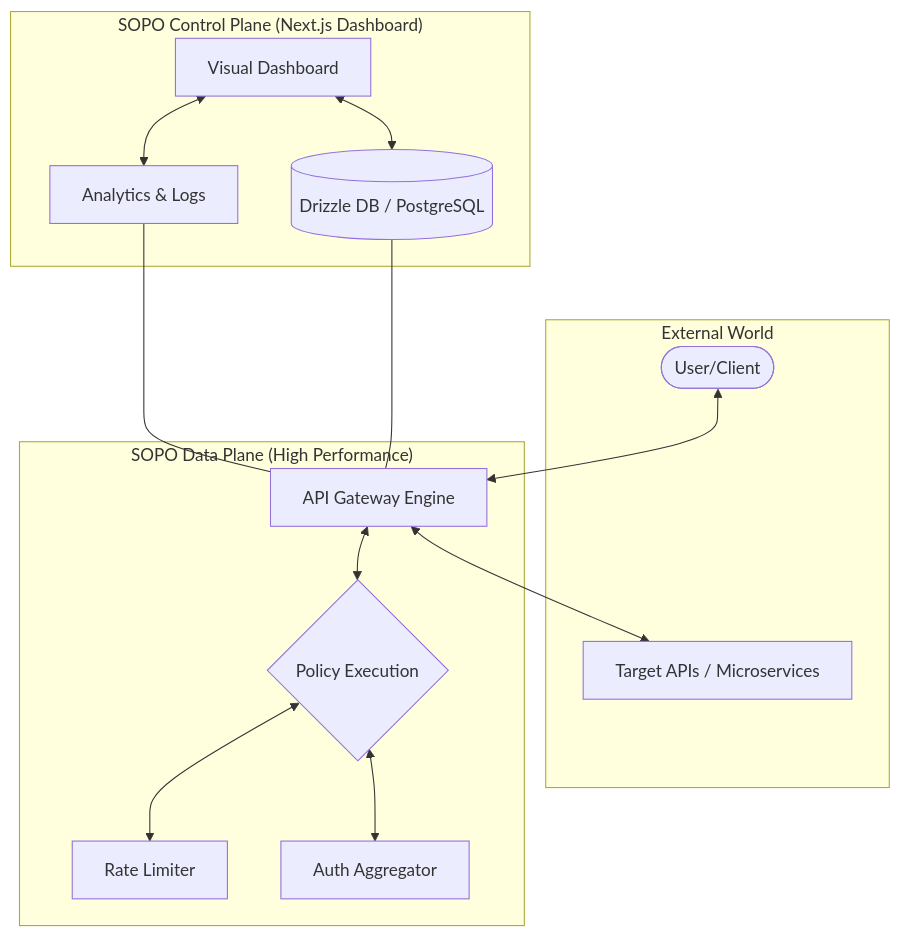
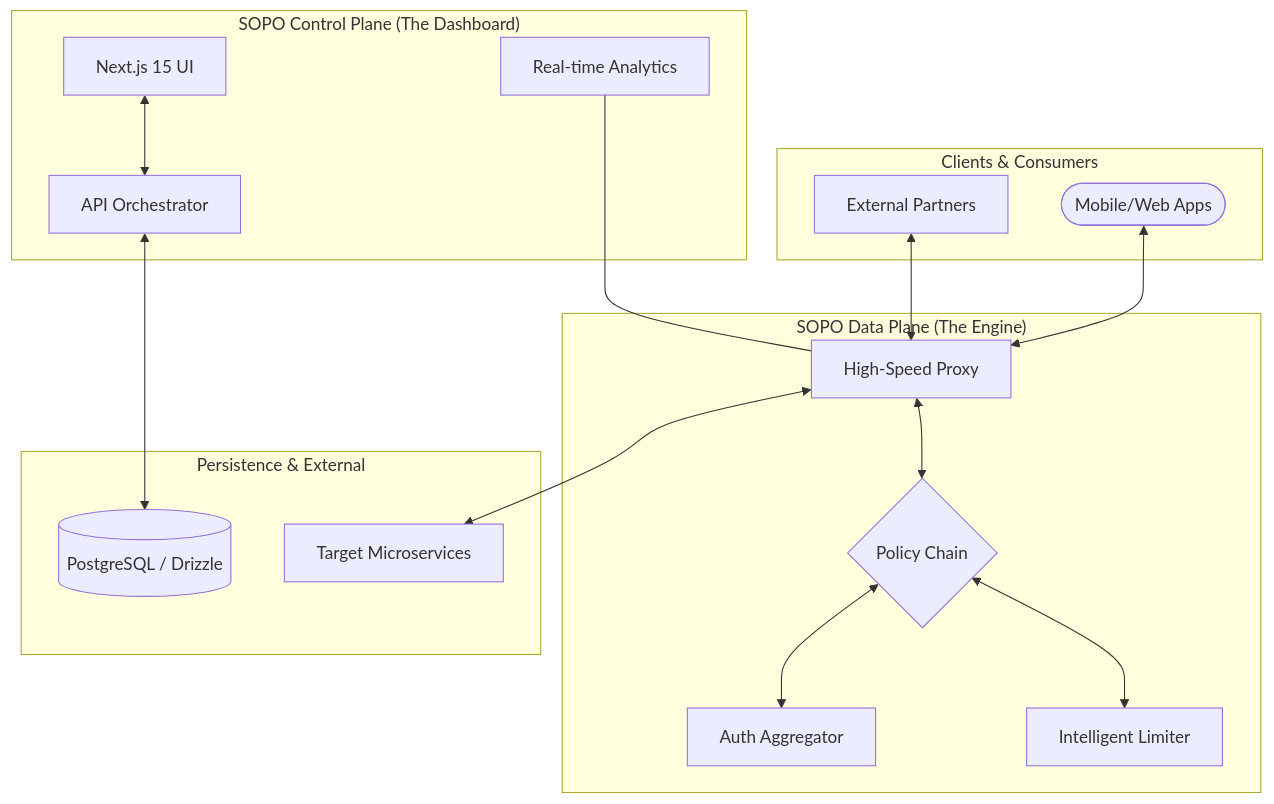
The diagram in README.md (Bushetaa/Sopolopoblalshkoko), drawn with Mermaid before and after one commit. The commit also changed other lines of this file, not shown here.

````diff
--- a/README.md
+++ b/README.md
@@ -28,31 +27,34 @@
 ```mermaid
 graph TD
-    subgraph "External World"
-        User([User/Client])
-        TargetAPI[Target APIs / Microservices]
+    subgraph "Clients & Consumers"
+        Client([Mobile/Web Apps])
+        ThirdParty[External Partners]
     end
 
-    subgraph "SOPO Data Plane (High Performance)"
-        Gateway[API Gateway Engine]
-        Policies{Policy Execution}
-        RateLimit[Rate Limiter]
-        Auth[Auth Aggregator]
+    subgraph "SOPO Data Plane (The Engine)"
+        Gateway[High-Speed Proxy]
+        PolicyEngine{Policy Chain}
+        AuthMod[Auth Aggregator]
+        RateMod[Intelligent Limiter]
     end
 
-    subgraph "SOPO Control Plane (Next.js Dashboard)"
-        Dashboard[Visual Dashboard]
-        ConfigDB[(Drizzle DB / PostgreSQL)]
-        AnalyticsEngine[Analytics & Logs]
+    subgraph "SOPO Control Plane (The Dashboard)"
+        Dashboard[Next.js 15 UI]
+        APIClient[API Orchestrator]
+        Analytics[Real-time Analytics]
     end
 
-    User <--> Gateway
-    Gateway <--> Policies
-    Policies <--> RateLimit
-    Policies <--> Auth
-    Gateway <--> TargetAPI
+    subgraph "Persistence & External"
+        Drizzle[(PostgreSQL / Drizzle)]
+        Upstream[Target Microservices]
+    end
+
+    Client & ThirdParty <--> Gateway
+    Gateway <--> PolicyEngine
+    PolicyEngine <--> AuthMod & RateMod
+    Gateway <--> Upstream
     
-    Dashboard <--> ConfigDB
-    Dashboard <--> AnalyticsEngine
-    AnalyticsEngine <--- Gateway
-    ConfigDB --- Gateway
+    Dashboard <--> APIClient
+    APIClient <--> Drizzle
+    Analytics <--- Gateway
 ```
````
